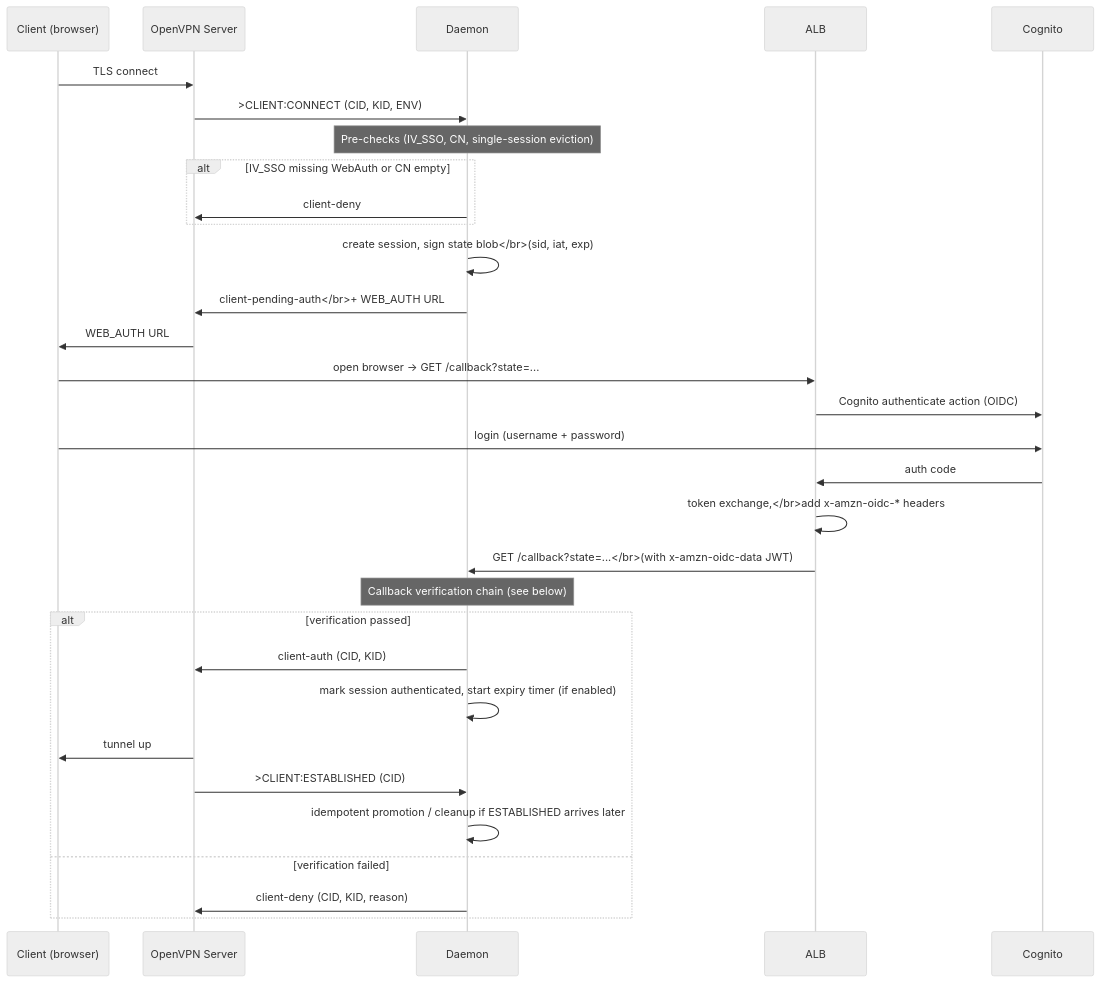
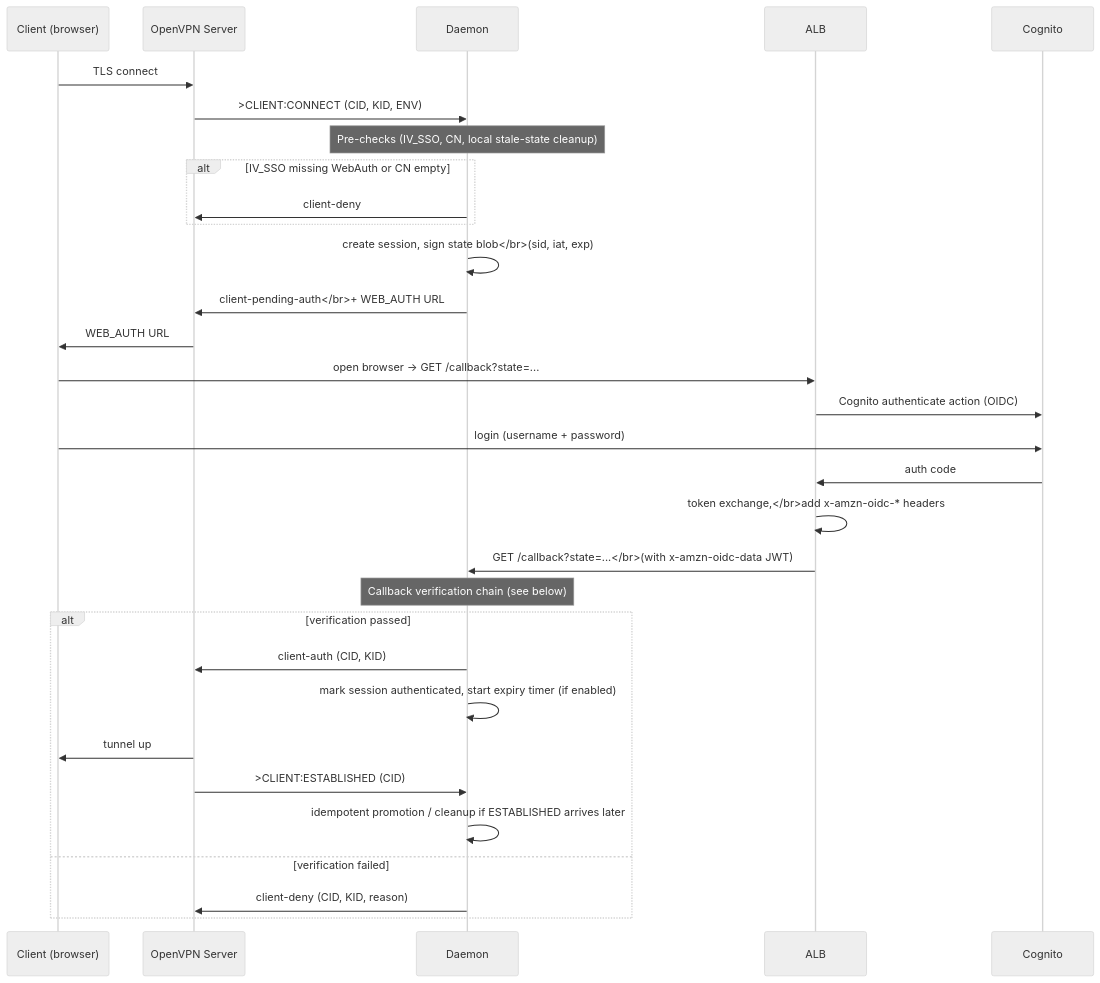
Before and after one commit to luk-kop/openvpn-auth-aws: the first of 6 diagrams in docs/architecture.md, drawn with Mermaid (neutral theme). The commit also changed other lines of this file and 39 other files, not shown here.

````diff
--- a/docs/architecture.md
+++ b/docs/architecture.md
@@ -7,40 +7,40 @@
 ```mermaid
 sequenceDiagram
     participant C as Client (browser)
     participant V as OpenVPN Server
     participant D as Daemon
     participant A as ALB
     participant Co as Cognito
 
     C->>V: TLS connect
     V->>D: >CLIENT:CONNECT (CID, KID, ENV)
 
-    note over D: Pre-checks (IV_SSO, CN, single-session eviction)
+    note over D: Pre-checks (IV_SSO, CN, local stale-state cleanup)
 
     alt IV_SSO missing WebAuth or CN empty
         D->>V: client-deny
     end
 
     D->>D: create session, sign state blob</br>(sid, iat, exp)
     D->>V: client-pending-auth</br>+ WEB_AUTH URL
     V->>C: WEB_AUTH URL
 
     C->>A: open browser → GET /callback?state=...
     A->>Co: Cognito authenticate action (OIDC)
     C->>Co: login (username + password)
     Co->>A: auth code
     A->>A: token exchange,</br>add x-amzn-oidc-* headers
     A->>D: GET /callback?state=...</br>(with x-amzn-oidc-data JWT)
 
     note over D: Callback verification chain (see below)
 
     alt verification passed
         D->>V: client-auth (CID, KID)
         D->>D: mark session authenticated, start expiry timer (if enabled)
         V->>C: tunnel up
         V->>D: >CLIENT:ESTABLISHED (CID)
         D->>D: idempotent promotion / cleanup if ESTABLISHED arrives later
     else verification failed
         D->>V: client-deny (CID, KID, reason)
     end
 ```
````
